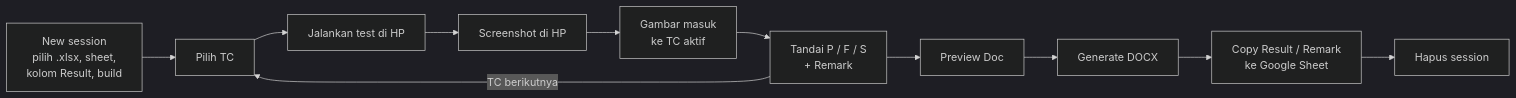
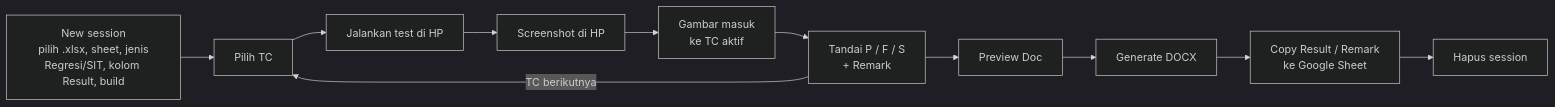
The first of 3 diagrams in docs/how-it-works.md (khalrizmi/regression-evidence), drawn with Mermaid (dark theme) before and after one commit. The commit also changed other lines of this file and 10 other files, not shown here.

````diff
--- a/docs/how-it-works.md
+++ b/docs/how-it-works.md
@@ -23,13 +23,13 @@
 ```mermaid
 flowchart LR
-    A[New session<br/>pilih .xlsx, sheet,<br/>kolom Result, build] --> B[Pilih TC]
+    A[New session<br/>pilih .xlsx, sheet, jenis<br/>Regresi/SIT, kolom Result, build] --> B[Pilih TC]
     B --> C[Jalankan test di HP]
     C --> D[Screenshot di HP]
     D --> E[Gambar masuk<br/>ke TC aktif]
     E --> F[Tandai P / F / S<br/>+ Remark]
     F -->|TC berikutnya| B
     F --> G[Preview Doc]
     G --> H[Generate DOCX]
     H --> I[Copy Result / Remark<br/>ke Google Sheet]
     I --> J[Hapus session]
 ```
````
